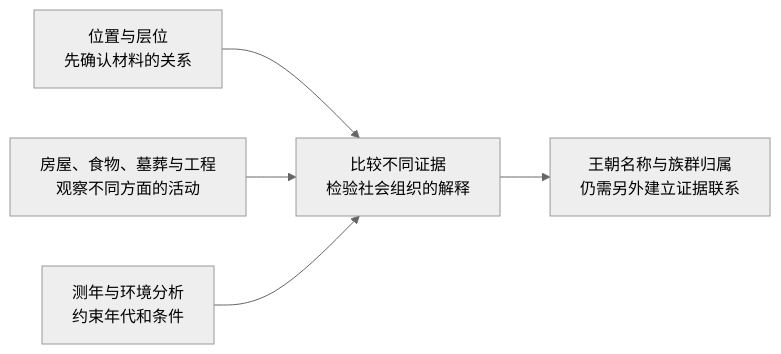
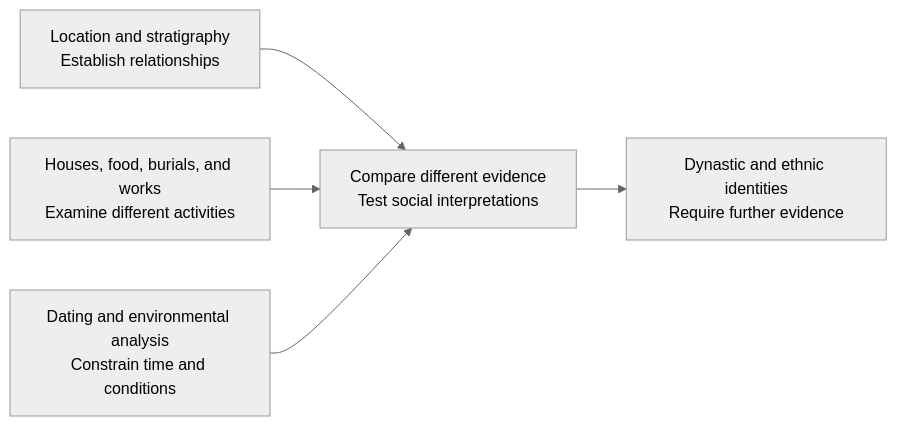
One commit to xiaoyaohust/eng-digest changed the second of 2 diagrams in site/src/content/personal/prehistory-sites-and-archaeological-evidence.md. Above: the diagram before and after it, drawn with Mermaid (neutral theme). The commit also changed other lines of this file and 7 other files, not shown here.

````diff
--- a/site/src/content/personal/prehistory-sites-and-archaeological-evidence.md
+++ b/site/src/content/personal/prehistory-sites-and-archaeological-evidence.md
@@ -160,7 +160,7 @@
 ```mermaid
 flowchart LR
-    A["位置与层位<br/>先确认材料的关系"] --> D["比较不同证据<br/>检验社会组织的解释"]
-    B["房屋、食物、墓葬与工程<br/>观察不同方面的活动"] --> D
-    C["测年与环境分析<br/>约束年代和条件"] --> D
-    D --> E["王朝名称与族群归属<br/>仍需另外建立证据联系"]
+    A["Location and stratigraphy<br/>Establish relationships"] --> D["Compare different evidence<br/>Test social interpretations"]
+    B["Houses, food, burials, and works<br/>Examine different activities"] --> D
+    C["Dating and environmental analysis<br/>Constrain time and conditions"] --> D
+    D --> E["Dynastic and ethnic identities<br/>Require further evidence"]
 ```
````
